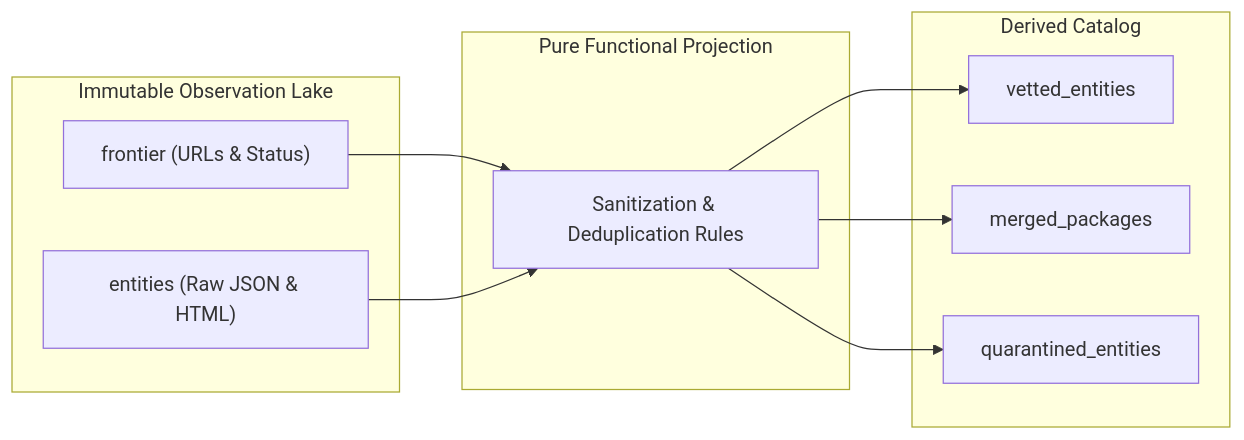
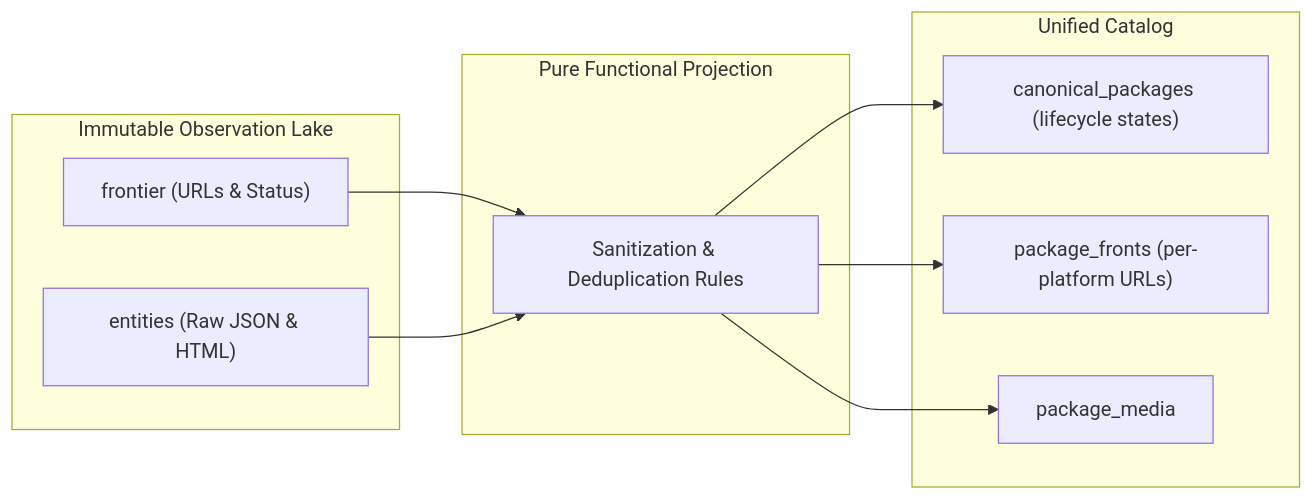
The second of 3 diagrams in docs/topics/06_operational_storage_and_recovery.md (SlamTheDragon/vrc-package-crawler), drawn with Mermaid before and after one commit. The commit also changed other lines of this file and 18 other files, not shown here.

````diff
--- a/docs/topics/06_operational_storage_and_recovery.md
+++ b/docs/topics/06_operational_storage_and_recovery.md
@@ -59,17 +73,17 @@
 ```mermaid
 flowchart LR
     subgraph Immutable Observation Lake
         F["frontier (URLs & Status)"]
         O["entities (Raw JSON & HTML)"]
     end
     subgraph Pure Functional Projection
         P["Sanitization & Deduplication Rules"]
     end
-    subgraph Derived Catalog
-        V["vetted_entities"]
-        M["merged_packages"]
-        Q["quarantined_entities"]
+    subgraph Unified Catalog
+        C["canonical_packages (lifecycle states)"]
+        PF["package_fronts (per-platform URLs)"]
+        PM["package_media"]
     end
     F & O --> P
-    P --> V & M & Q
+    P --> C & PF & PM
 ```
````
